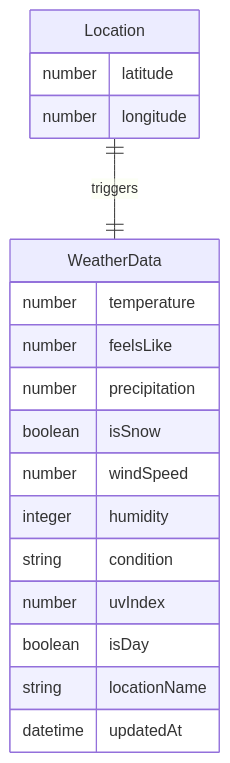
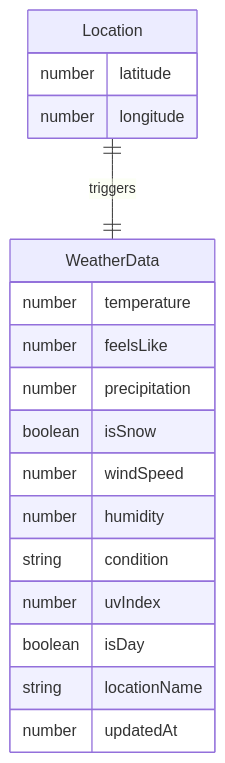
One commit to nukeguys/ootr changed the diagram in specs/domains/weather.mmd. Above: the diagram before and after it, drawn with Mermaid. The commit also changed 40 other files, not shown here.

```diff
--- a/specs/domains/weather.mmd
+++ b/specs/domains/weather.mmd
@@ -1,19 +1,19 @@
 erDiagram
     Location ||--|| WeatherData : triggers
     Location {
         number latitude
         number longitude
     }
     WeatherData {
         number temperature
         number feelsLike
         number precipitation
         boolean isSnow
         number windSpeed
-        integer humidity
+        number humidity
         string condition
         number uvIndex
         boolean isDay
         string locationName
-        datetime updatedAt
+        number updatedAt
     }
```
